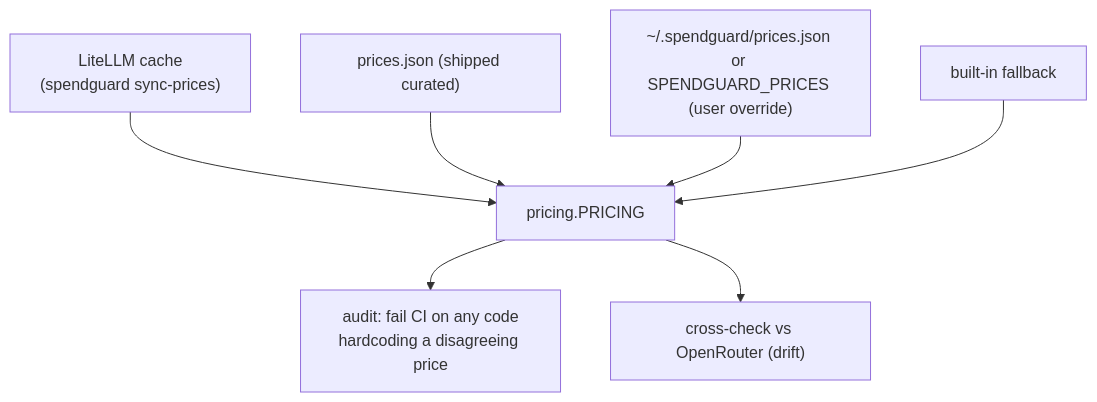
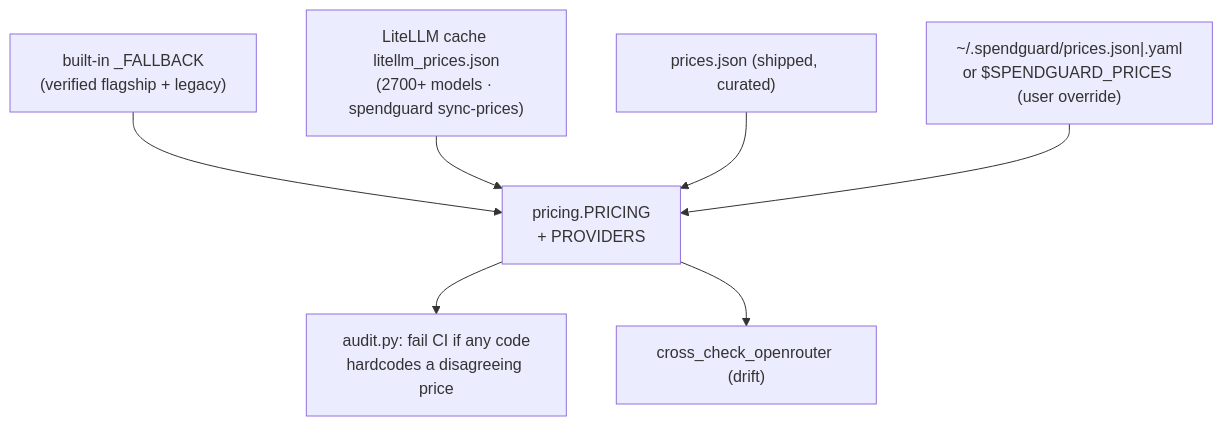
The second of 4 diagrams in docs/ARCHITECTURE.md (llmspendguard/llm-spendguard), drawn with Mermaid before and after one commit. The commit also changed other lines of this file and 1 other file, not shown here.

First line of the commit message:
docs+ci: rewrite ARCHITECTURE.md (extensibility seams as headline) + PyPI release workflow

````diff
--- a/docs/ARCHITECTURE.md
+++ b/docs/ARCHITECTURE.md
@@ -34,9 +146,9 @@
 ```mermaid
 flowchart TD
-    A["LiteLLM cache<br/>(spendguard sync-prices)"] --> M
-    B["prices.json (shipped curated)"] --> M
-    C["~/.spendguard/prices.json or SPENDGUARD_PRICES (user override)"] --> M
-    D["built-in fallback"] --> M
-    M["pricing.PRICING"] --> AUDIT["audit: fail CI on any code<br/>hardcoding a disagreeing price"]
-    M --> XCHK["cross-check vs OpenRouter (drift)"]
+    D["built-in _FALLBACK<br/>(verified flagship + legacy)"] --> M
+    A["LiteLLM cache litellm_prices.json<br/>(2700+ models · spendguard sync-prices)"] --> M
+    B["prices.json (shipped, curated)"] --> M
+    C["~/.spendguard/prices.json|.yaml<br/>or $SPENDGUARD_PRICES (user override)"] --> M
+    M["pricing.PRICING<br/>+ PROVIDERS"] --> AUDIT["audit.py: fail CI if any code<br/>hardcodes a disagreeing price"]
+    M --> XCHK["cross_check_openrouter (drift)"]
 ```
````
